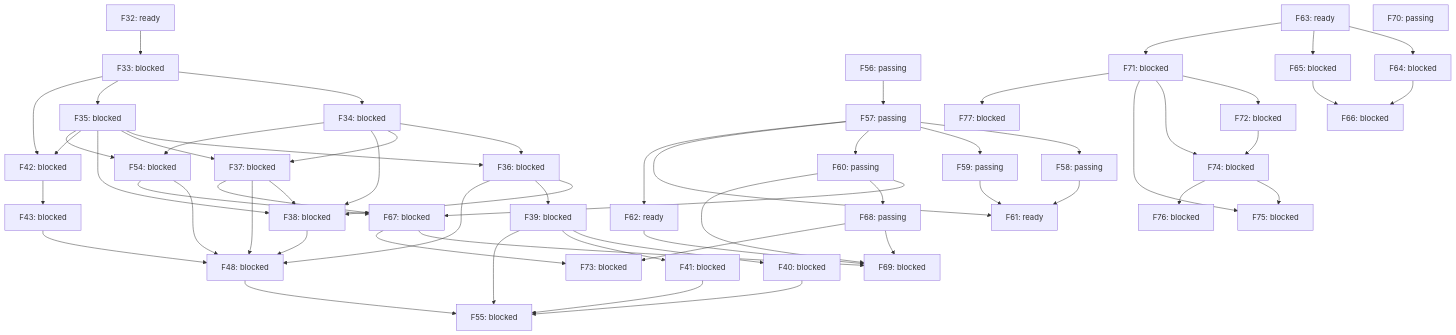
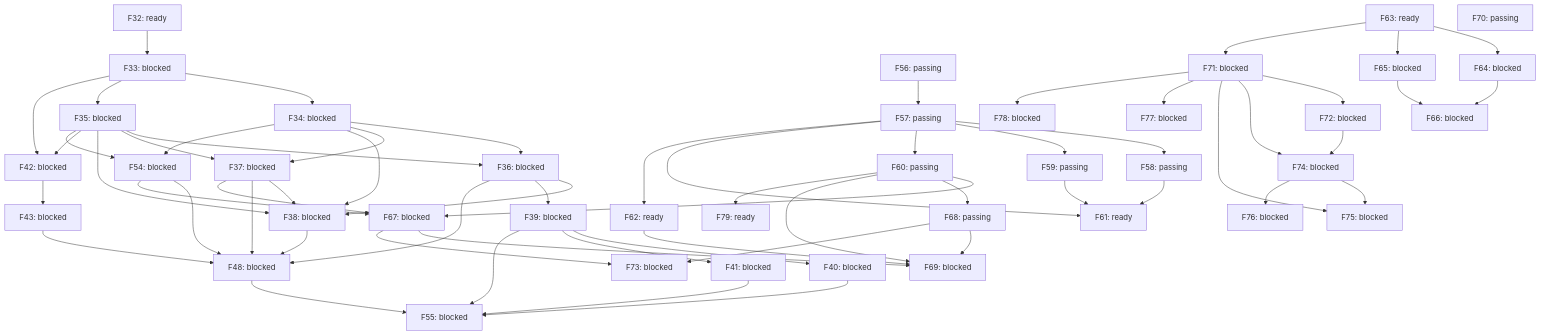
Before and after one commit to alex-nax/rengine: the diagram in docs/roadmap-graph.md, drawn with Mermaid. The commit also changed other lines of this file and 9 other files, not shown here.

````diff
--- a/docs/roadmap-graph.md
+++ b/docs/roadmap-graph.md
@@ -101,4 +101,8 @@
   F74 --> F76
   F77["F77: blocked"]
   F71 --> F77
+  F78["F78: blocked"]
+  F71 --> F78
+  F79["F79: ready"]
+  F60 --> F79
 ```
````
